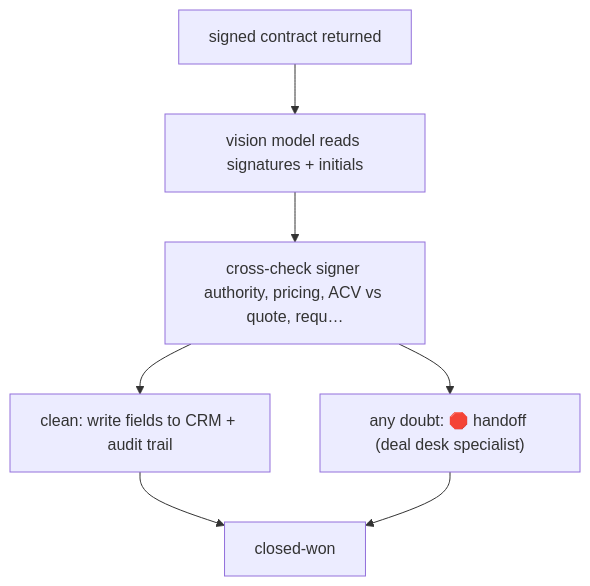
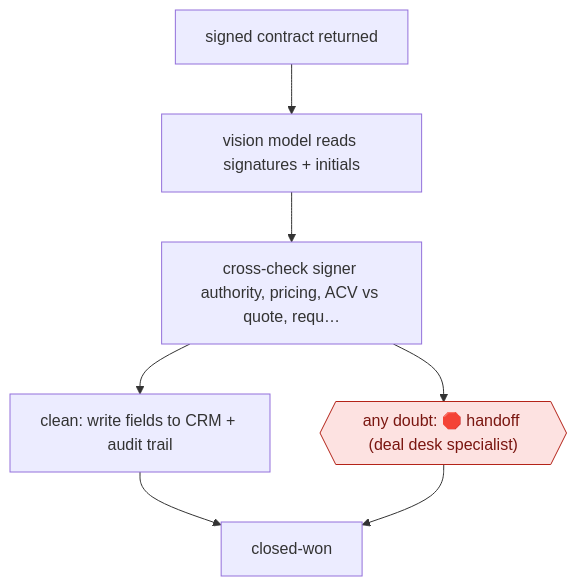
One commit to milesradford99/agent-workflow-atlas changed the diagram in workflows/COM/SAL/REVOPS/exception-only-contract-validation/README.md. Above: the diagram before and after it, drawn with Mermaid. The commit also changed 171 other files, not shown here.

````diff
--- a/workflows/COM/SAL/REVOPS/exception-only-contract-validation/README.md
+++ b/workflows/COM/SAL/REVOPS/exception-only-contract-validation/README.md
@@ -31,16 +31,16 @@
 ```mermaid
 flowchart TD
   n1["signed contract returned"]
   n2["vision model reads signatures + initials"]
+  n3["cross-check signer authority, pricing, ACV vs quote, requ…"]
+  n4["clean: write fields to CRM + audit trail"]
+  n5{{"any doubt: 🛑 handoff (deal desk specialist)"}}:::stop
+  n6["closed-won"]
   n1 --> n2
-  n3["cross-check signer authority, pricing, ACV vs quote, requ…"]
   n2 --> n3
-  n4["clean: write fields to CRM + audit trail"]
   n3 --> n4
-  n5["any doubt: 🛑 handoff (deal desk specialist)"]
   n3 --> n5
-  n6["closed-won"]
   n4 --> n6
   n5 --> n6
   classDef stop fill:#fde2e1,stroke:#b42318,color:#7a1610
 ```
````
